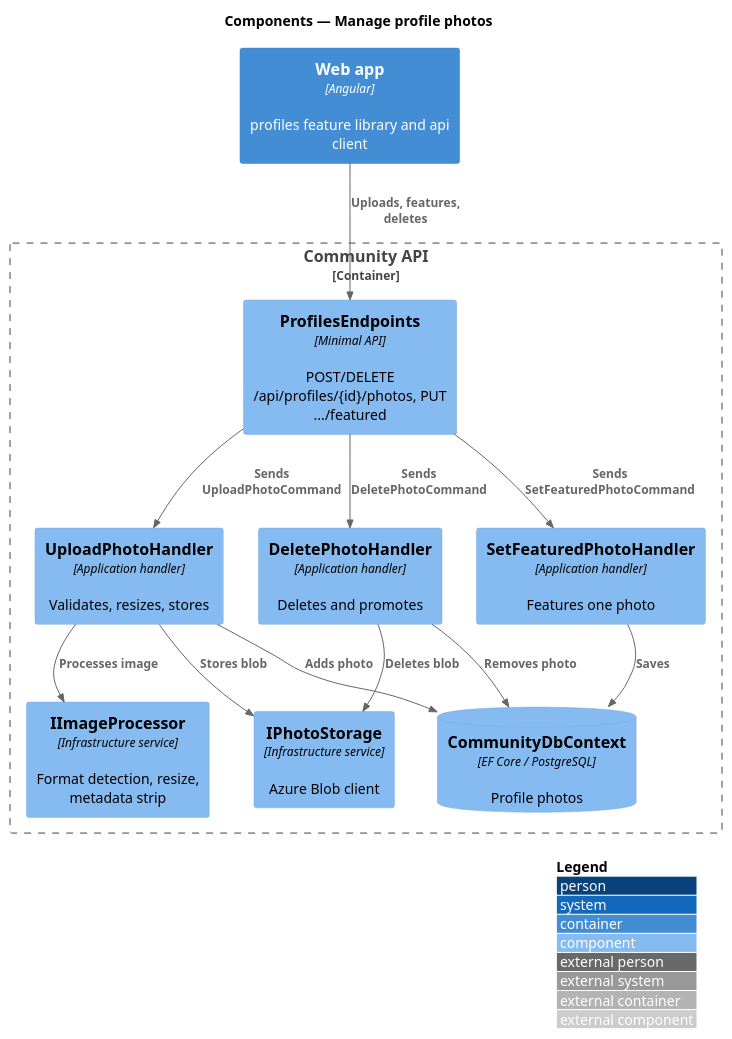
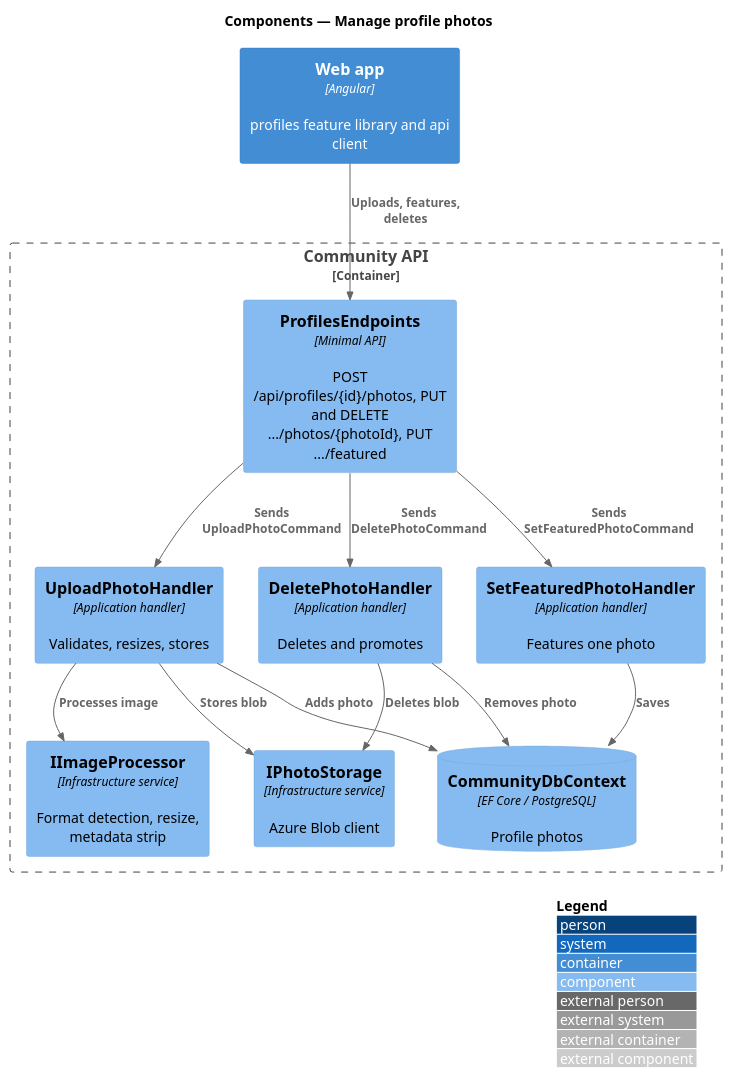
The diagram in docs/detailed-designs/profiles/manage-profile-photos/diagrams/c4-component.puml (QuinntyneBrown/faithtech-community), drawn with PlantUML before and after one commit. The commit also changed 12 other files, not shown here.

First line of the commit message:
Align the profile designs, diagrams, scaffold notes and estimates

```diff
--- a/docs/detailed-designs/profiles/manage-profile-photos/diagrams/c4-component.puml
+++ b/docs/detailed-designs/profiles/manage-profile-photos/diagrams/c4-component.puml
@@ -1,26 +1,26 @@
 @startuml
 !include <C4/C4_Component>
 LAYOUT_WITH_LEGEND()
 title Components — Manage profile photos
 
 Container(spa, "Web app", "Angular", "profiles feature library and api client")
 Container_Boundary(api, "Community API") {
-  Component(ep, "ProfilesEndpoints", "Minimal API", "POST/DELETE /api/profiles/{id}/photos, PUT .../featured")
+  Component(ep, "ProfilesEndpoints", "Minimal API", "POST /api/profiles/{id}/photos, PUT and DELETE .../photos/{photoId}, PUT .../featured")
   Component(uh, "UploadPhotoHandler", "Application handler", "Validates, resizes, stores")
   Component(fh, "SetFeaturedPhotoHandler", "Application handler", "Features one photo")
   Component(dh, "DeletePhotoHandler", "Application handler", "Deletes and promotes")
   Component(ip, "IImageProcessor", "Infrastructure service", "Format detection, resize, metadata strip")
   Component(ps, "IPhotoStorage", "Infrastructure service", "Azure Blob client")
   ComponentDb(db, "CommunityDbContext", "EF Core / PostgreSQL", "Profile photos")
 }
 Rel(spa, ep, "Uploads, features, deletes")
 Rel(ep, uh, "Sends UploadPhotoCommand")
 Rel(ep, fh, "Sends SetFeaturedPhotoCommand")
 Rel(ep, dh, "Sends DeletePhotoCommand")
 Rel(uh, ip, "Processes image")
 Rel(uh, ps, "Stores blob")
 Rel(dh, ps, "Deletes blob")
 Rel(uh, db, "Adds photo")
 Rel(fh, db, "Saves")
 Rel(dh, db, "Removes photo")
 @enduml
```
